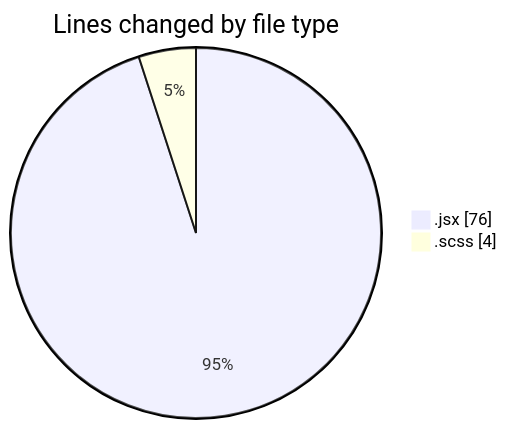
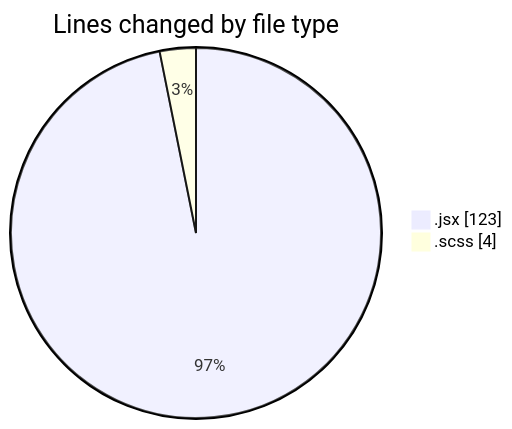
Before and after one commit to momahboobian/code-tracking: the first of 2 diagrams in 2025-06-04/cda/README.md, drawn with Mermaid. The commit also changed other lines of this file and 1 other file, not shown here.

````diff
--- a/2025-06-04/cda/README.md
+++ b/2025-06-04/cda/README.md
@@ -22,6 +22,6 @@
 ```mermaid
 pie showData
 title Lines changed by file type
-".jsx" : 76
+".jsx" : 123
 ".scss" : 4
 ```
````
